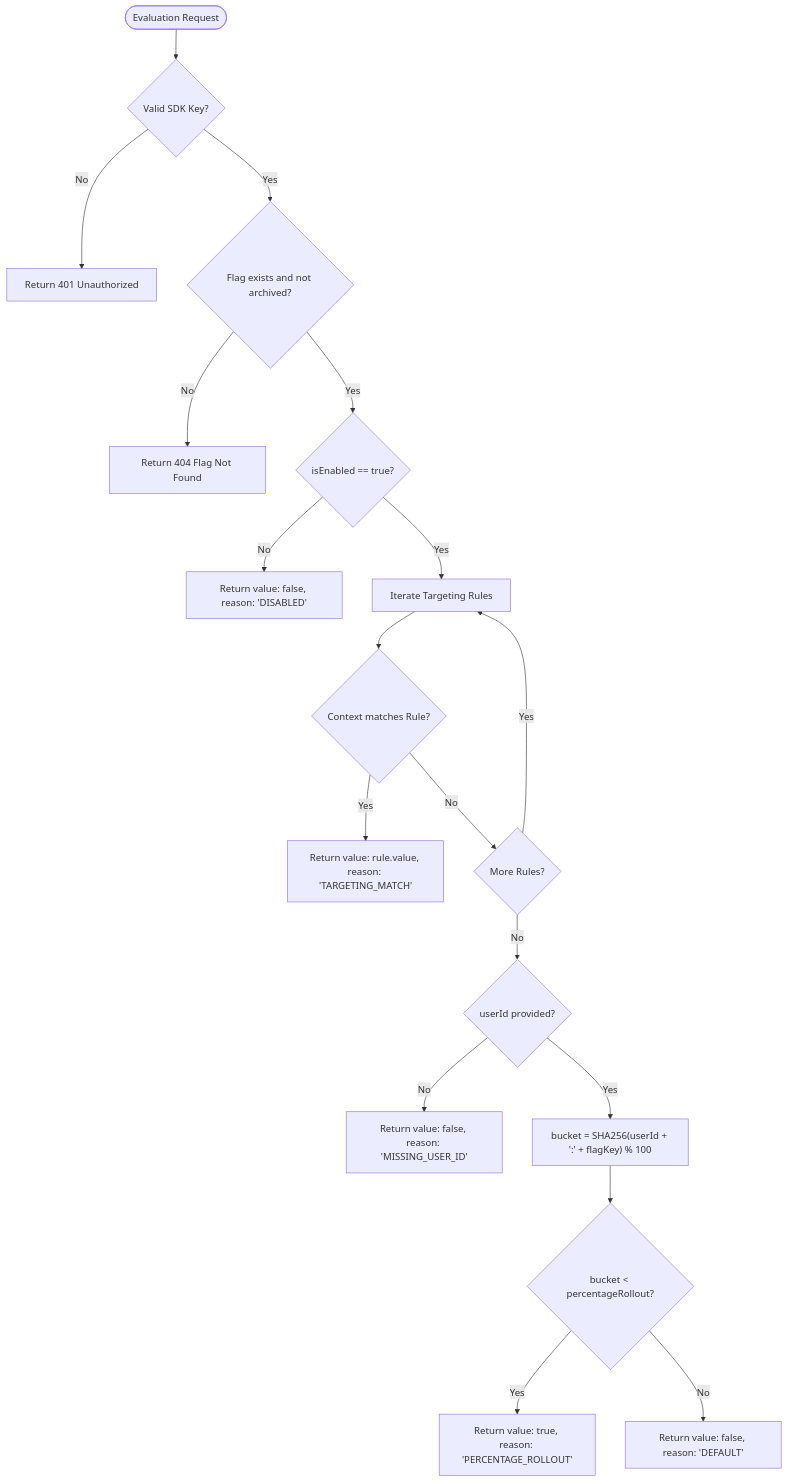
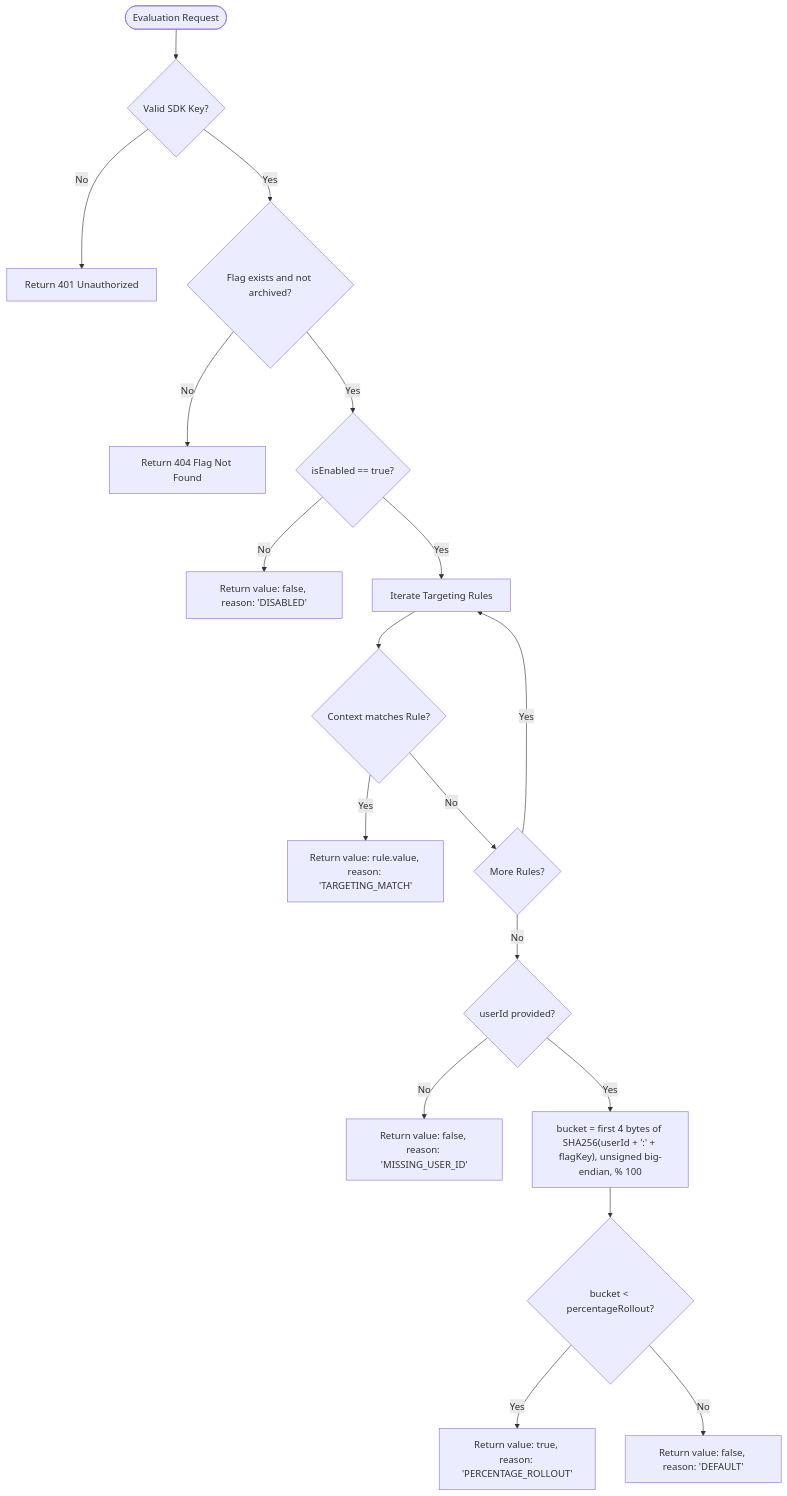
The second of 3 diagrams in docs/01-srs.md (oleksandrdvukr/FlagForge), drawn with Mermaid before and after one commit. The commit also changed other lines of this file, not shown here.

Commit message:
docs(srs): fix glossary, bucket definition and traceability (v1.3.2)

````diff
--- a/docs/01-srs.md
+++ b/docs/01-srs.md
@@ -156,24 +156,24 @@
 ```mermaid
 flowchart TD
   Start([Evaluation Request]) --> AuthCheck{Valid SDK Key?}
   AuthCheck -- No --> R401[Return 401 Unauthorized]
   AuthCheck -- Yes --> FlagCheck{Flag exists and not archived?}
   FlagCheck -- No --> R404[Return 404 Flag Not Found]
   FlagCheck -- Yes --> MasterCheck{isEnabled == true?}
 
   MasterCheck -- No --> ResDisabled["Return value: false, reason: 'DISABLED'"]
   MasterCheck -- Yes --> RuleLoop[Iterate Targeting Rules]
 
   RuleLoop --> RuleMatch{Context matches Rule?}
   RuleMatch -- Yes --> ResRule["Return value: rule.value, reason: 'TARGETING_MATCH'"]
   RuleMatch -- No --> HasMoreRules{More Rules?}
   HasMoreRules -- Yes --> RuleLoop
 
   HasMoreRules -- No --> CheckUserId{userId provided?}
   CheckUserId -- No --> ResNoUser["Return value: false, reason: 'MISSING_USER_ID'"]
-  CheckUserId -- Yes --> ComputeHash["bucket = SHA256(userId + ':' + flagKey) % 100"]
+  CheckUserId -- Yes --> ComputeHash["bucket = first 4 bytes of SHA256(userId + ':' + flagKey), unsigned big-endian, % 100"]
 
   ComputeHash --> RolloutCheck{bucket < percentageRollout?}
   RolloutCheck -- Yes --> ResRolloutTrue["Return value: true, reason: 'PERCENTAGE_ROLLOUT'"]
   RolloutCheck -- No --> ResRolloutFalse["Return value: false, reason: 'DEFAULT'"]
 ```
````
